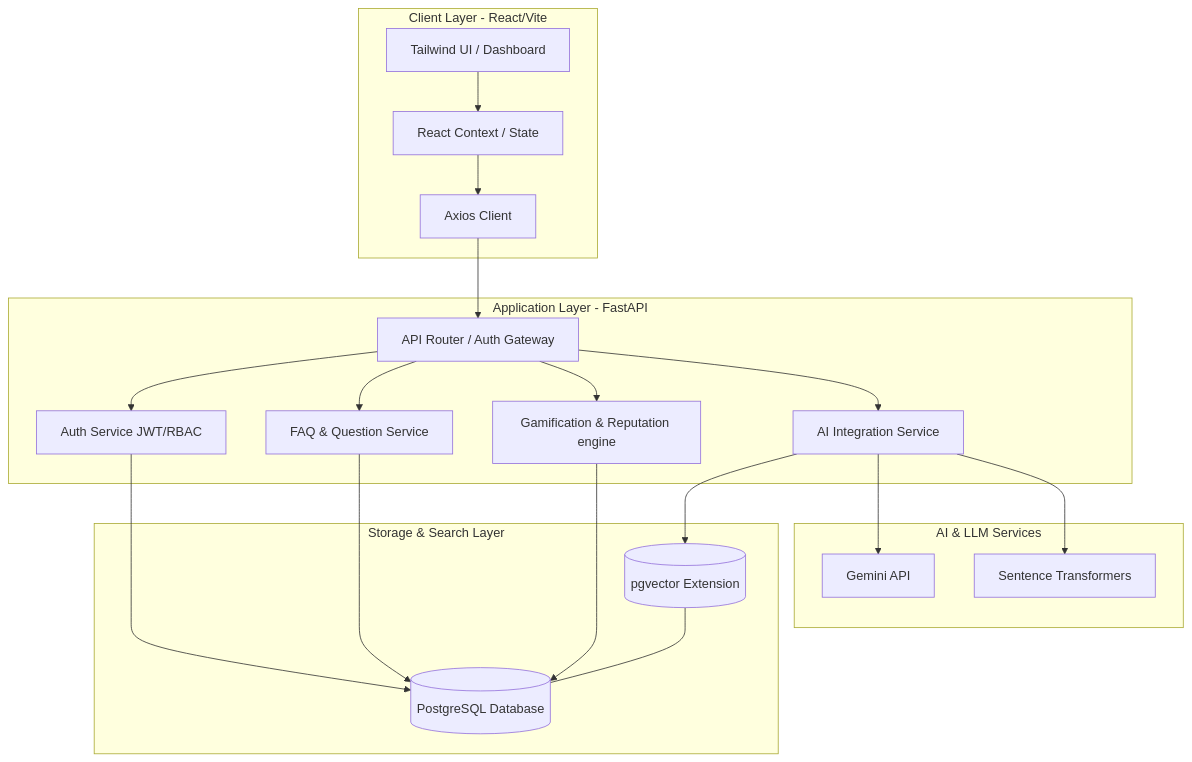
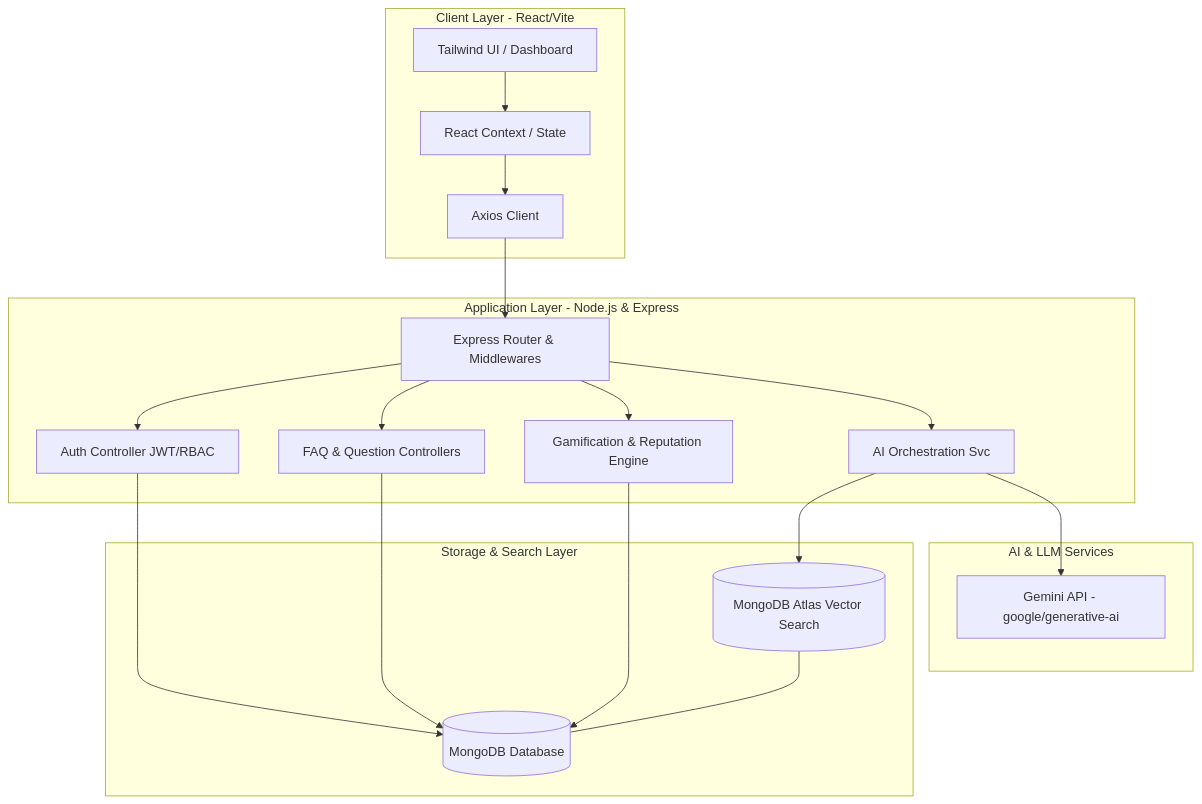
One commit to Krishna009-pro/CrowdFAQ changed the diagram in README.md. Above: the diagram before and after it, drawn with Mermaid. The commit also changed other lines of this file and 6 other files, not shown here.

Commit message:
docs: create README documentation for project structure, backend architecture, and database schemas

````diff
--- a/README.md
+++ b/README.md
@@ -11,43 +11,41 @@
 ```mermaid
 graph TD
     subgraph Frontend [Client Layer - React/Vite]
         UI[Tailwind UI / Dashboard]
         RC[React Context / State]
         API_Client[Axios Client]
     end
 
-    subgraph Backend [Application Layer - FastAPI]
-        Gateway[API Router / Auth Gateway]
-        Auth[Auth Service JWT/RBAC]
-        FAQ_Svc[FAQ & Question Service]
-        Game_Svc[Gamification & Reputation engine]
-        AI_Svc[AI Integration Service]
+    subgraph Backend [Application Layer - Node.js & Express]
+        Gateway[Express Router & Middlewares]
+        Auth[Auth Controller JWT/RBAC]
+        FAQ_Svc[FAQ & Question Controllers]
+        Game_Svc[Gamification & Reputation Engine]
+        AI_Svc[AI Orchestration Svc]
     end
 
     subgraph Database [Storage & Search Layer]
-        PG[(PostgreSQL Database)]
-        VectorDB[(pgvector Extension)]
+        MongoDB[(MongoDB Database)]
+        AtlasSearch[(MongoDB Atlas Vector Search)]
     end
 
     subgraph External [AI & LLM Services]
-        Gemini[Gemini API]
-        ST[Sentence Transformers]
+        Gemini[Gemini API - google/generative-ai]
     end
 
     UI --> RC
     RC --> API_Client
     API_Client --> Gateway
     Gateway --> Auth
     Gateway --> FAQ_Svc
     Gateway --> Game_Svc
     Gateway --> AI_Svc
 
-    Auth --> PG
-    FAQ_Svc --> PG
-    Game_Svc --> PG
+    Auth --> MongoDB
+    FAQ_Svc --> MongoDB
+    Game_Svc --> MongoDB
     
-    AI_Svc --> VectorDB
+    AI_Svc --> AtlasSearch
     AI_Svc --> Gemini
-    AI_Svc --> ST
-    VectorDB --- PG
+    AtlasSearch --- MongoDB
 ```
````
